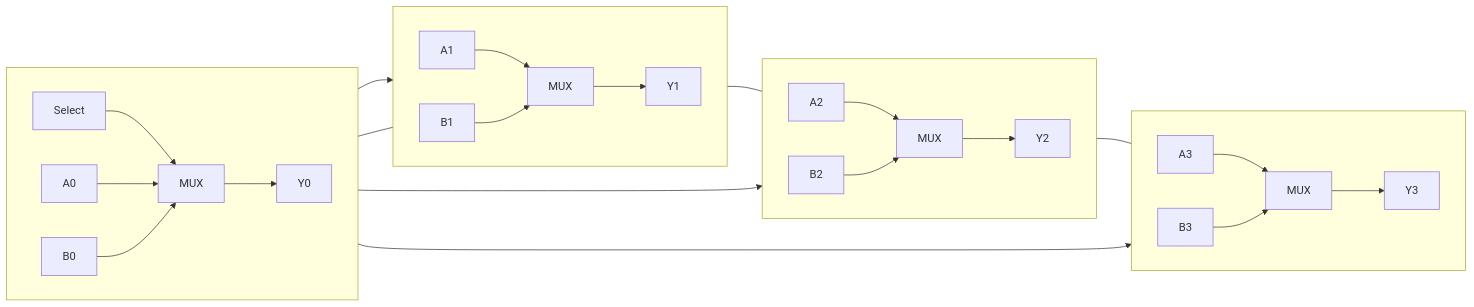
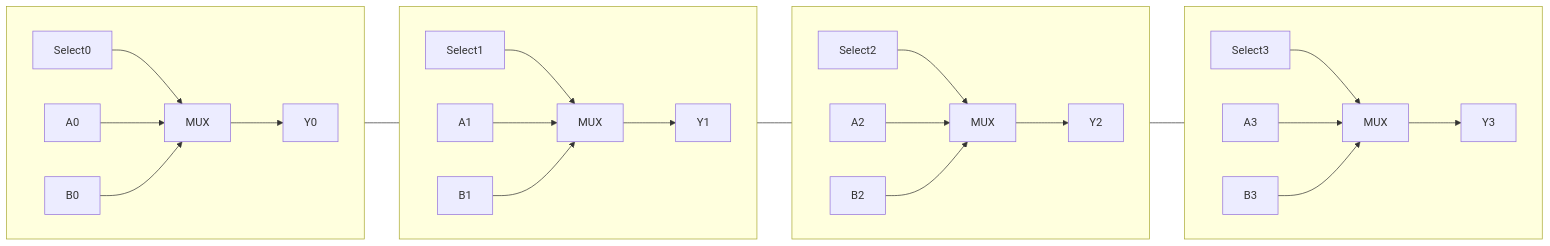
Before and after one commit to setrar/microelectronics: the seventh of 7 diagrams in Components/discrete/Transistors/kit/HomeDepot/BlockDiagrams/README.md, drawn with Mermaid.

Commit message:
Update MUX diagrams with specific select signals

````diff
--- a/Components/discrete/Transistors/kit/HomeDepot/BlockDiagrams/README.md
+++ b/Components/discrete/Transistors/kit/HomeDepot/BlockDiagrams/README.md
@@ -283,41 +283,41 @@
 ```mermaid
 graph LR
     %% MUX 0
     subgraph MUX0 [ ]
         direction LR
-        SEL[Select] --> M0[MUX]
+        SEL0[Select0] --> M0[MUX]
         A0[A0] --> M0
         B0[B0] --> M0
         M0 --> Y0[Y0]
     end
 
     %% MUX 1
     subgraph MUX1 [ ]
         direction LR
-        SEL --> M1[MUX]
+        SEL1[Select1] --> M1[MUX]
         A1[A1] --> M1
         B1[B1] --> M1
         M1 --> Y1[Y1]
     end
 
     %% MUX 2
     subgraph MUX2 [ ]
         direction LR
-        SEL --> M2[MUX]
+        SEL2[Select2] --> M2[MUX]
         A2[A2] --> M2
         B2[B2] --> M2
         M2 --> Y2[Y2]
     end
 
     %% MUX 3
     subgraph MUX3 [ ]
         direction LR
-        SEL --> M3[MUX]
+        SEL3[Select3] --> M3[MUX]
         A3[A3] --> M3
         B3[B3] --> M3
         M3 --> Y3[Y3]
     end
 
     %% Arrange MUX subgraphs horizontally
     MUX0 --- MUX1 --- MUX2 --- MUX3
 ```
````
